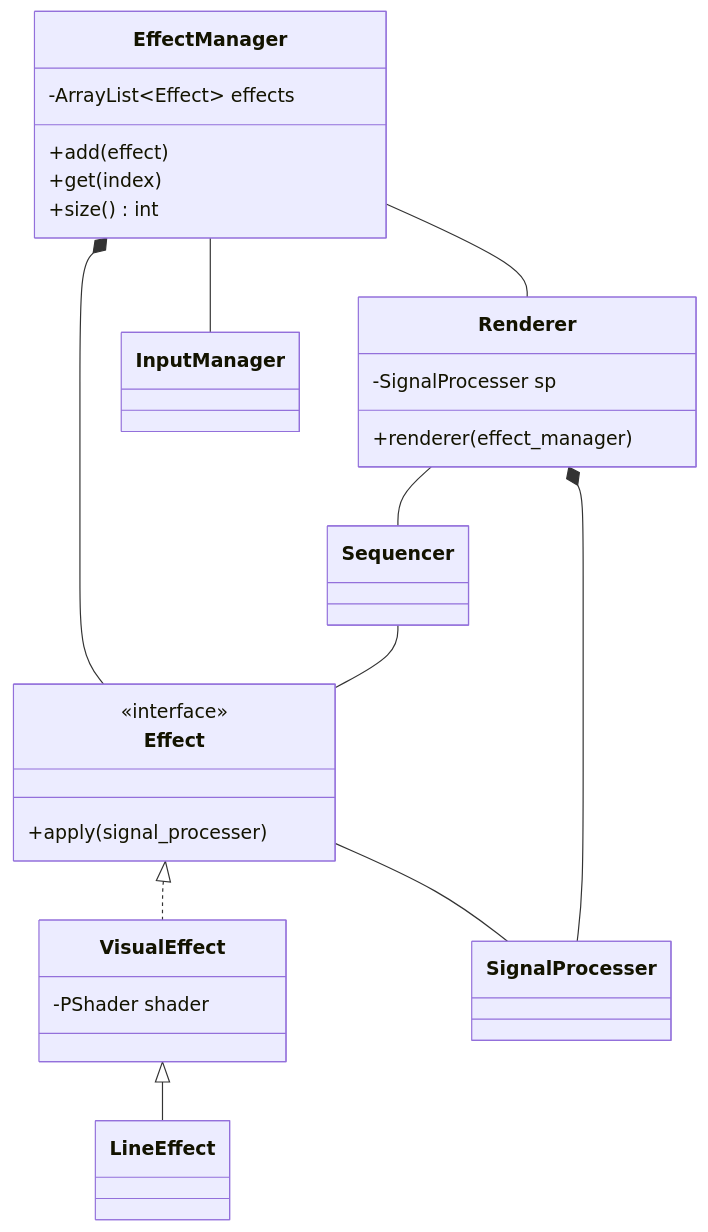
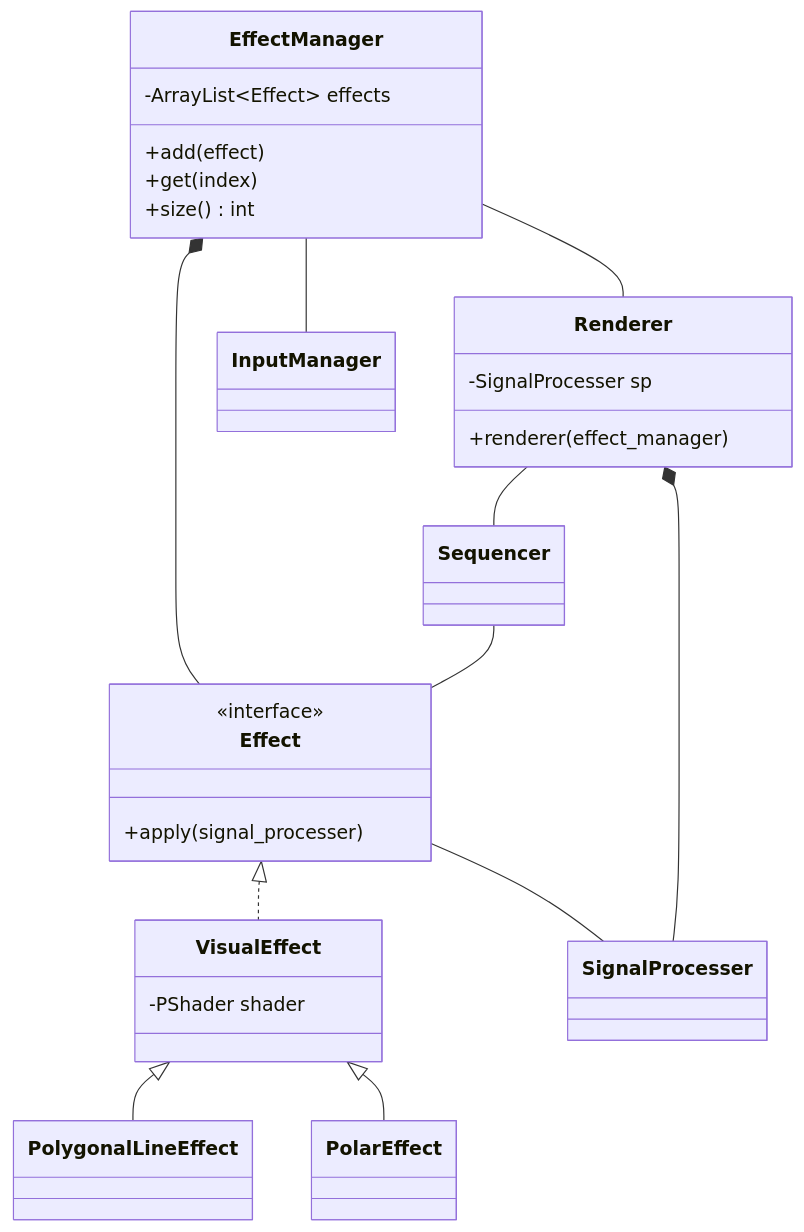
Before and after one commit to satoyuichi/GuitarVisualEffects: the diagram in diagram/class_diagram.md, drawn with Mermaid.

````diff
--- a/diagram/class_diagram.md
+++ b/diagram/class_diagram.md
@@ -1,35 +1,36 @@
 ```mermaid
 classDiagram
     class Effect {
         <<interface>>
         +apply(signal_processer)
     }
     
     class Renderer {
         -SignalProcesser sp
         
         +renderer(effect_manager)
     }
     
     class EffectManager {
         -ArrayList~Effect~ effects
         
         +add(effect)
         +get(index)
         +size() int
     }
     
     class VisualEffect {
     	-PShader shader
     }
     
     Effect <|.. VisualEffect
-    VisualEffect <|-- LineEffect
+    VisualEffect <|-- PolygonalLineEffect
+    VisualEffect <|-- PolarEffect
     Effect -- SignalProcesser
     EffectManager *-- Effect
     EffectManager -- Renderer
     EffectManager -- InputManager
     Renderer *-- SignalProcesser
     Renderer -- Sequencer
     Sequencer -- Effect
 ```
````
